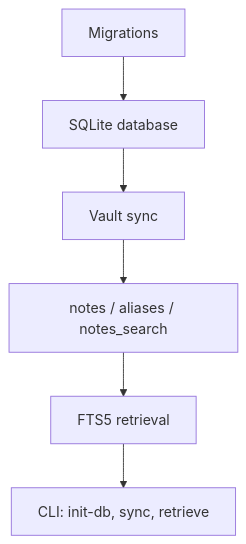
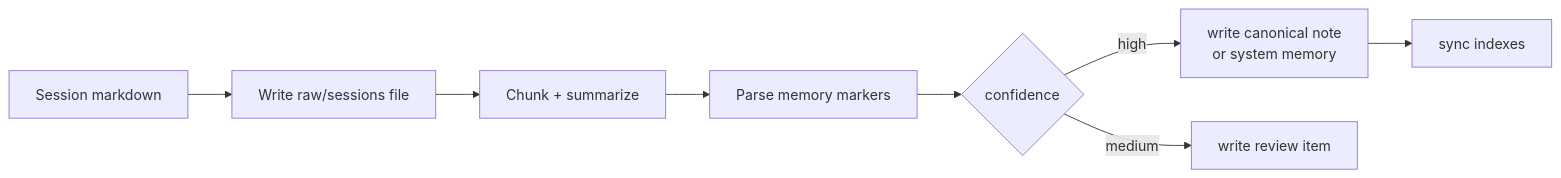
The seventh of 7 diagrams in README.md (Jianyu010/MnemonicOS), drawn with Mermaid before and after one commit. The commit also changed other lines of this file and 19 other files, not shown here.

````diff
--- a/README.md
+++ b/README.md
@@ -117,8 +129,10 @@
 ```mermaid
-flowchart TD
-    A["Migrations"] --> B["SQLite database"]
-    B --> C["Vault sync"]
-    C --> D["notes / aliases / notes_search"]
-    D --> E["FTS5 retrieval"]
-    E --> F["CLI: init-db, sync, retrieve"]
+flowchart LR
+    A["Session markdown"] --> B["Write raw/sessions file"]
+    B --> C["Chunk + summarize"]
+    C --> D["Parse memory markers"]
+    D --> E{"confidence"}
+    E -->|high| F["write canonical note<br/>or system memory"]
+    E -->|medium| G["write review item"]
+    F --> H["sync indexes"]
 ```
````
